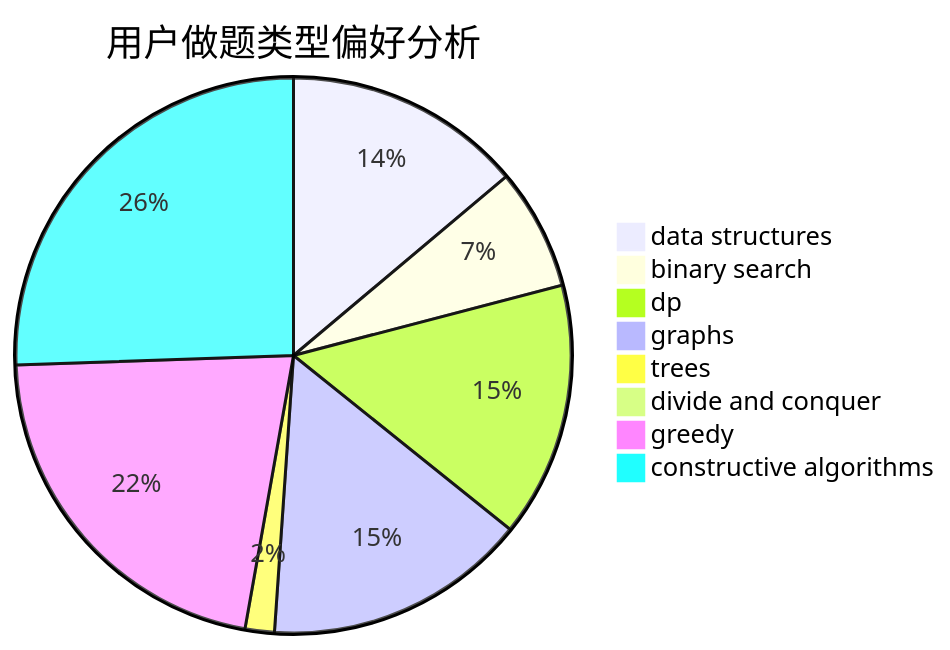
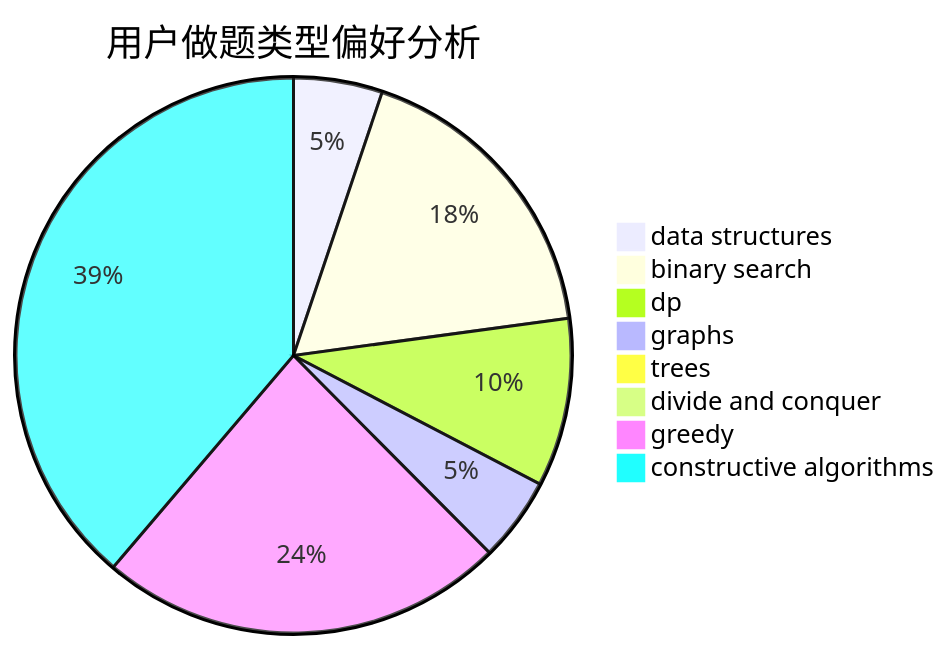
One commit to sherpahu/cfrs.github.io changed the second of 3 diagrams in docs/user/u445.md. Above: the diagram before and after it, drawn with Mermaid. The commit also changed other lines of this file and 2770 other files, not shown here.

````diff
--- a/docs/user/u445.md
+++ b/docs/user/u445.md
@@ -23,11 +23,11 @@
 ```mermaid
 pie title 用户做题类型偏好分析
-    "data structures" :  57
-    "binary search" :  29
-    "dp" :  61
-    "graphs" :  63
-    "trees" :  7
+    "data structures" :  38
+    "binary search" :  130
+    "dp" :  72
+    "graphs" :  36
+    "trees" :  3
     "divide and conquer" :  0
-    "greedy" :  89
-    "constructive algorithms" :  105
+    "greedy" :  174
+    "constructive algorithms" :  285
 ```
````
